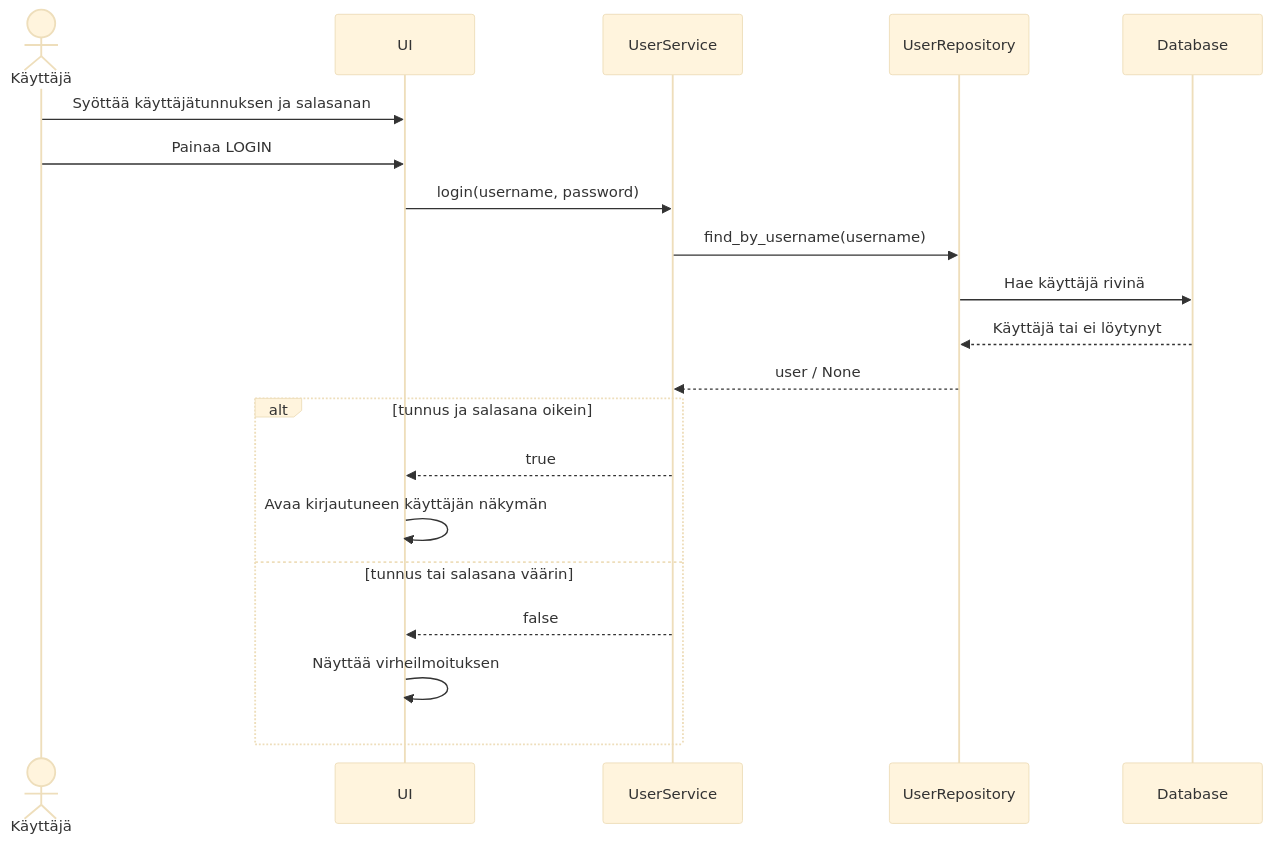
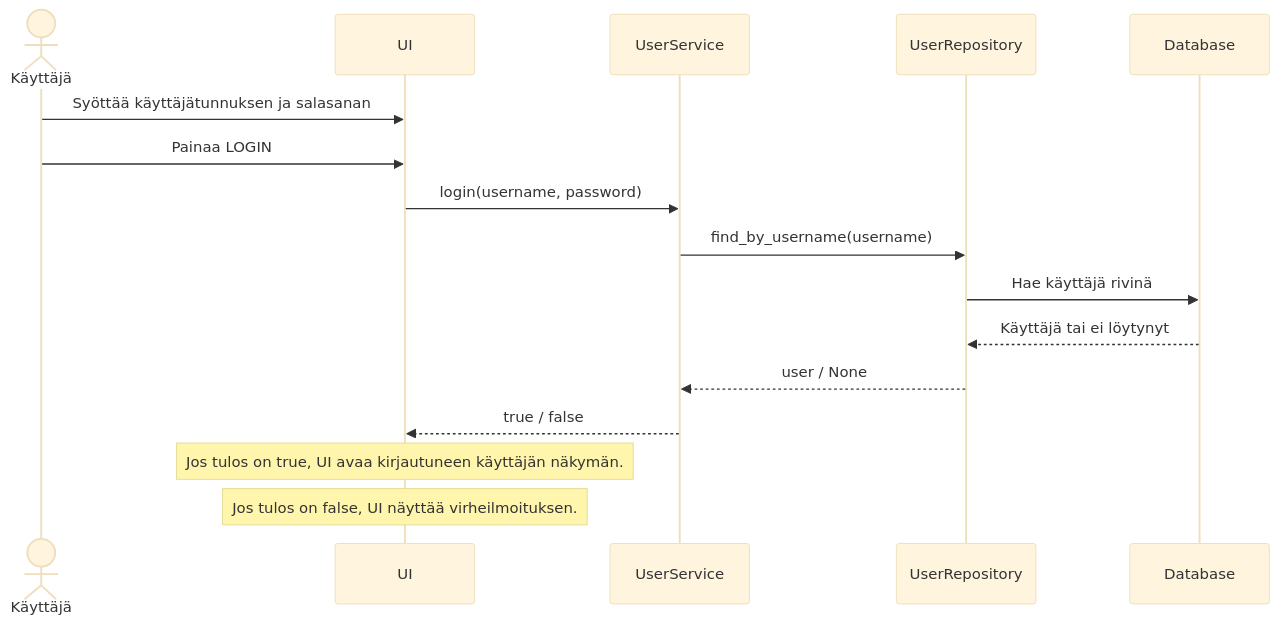
Before and after one commit to BjornKhermik10/ot-harjoitustyo: the third of 3 diagrams in dokumentaatio/misc/arkkitehtuuri.md, drawn with Mermaid (base theme).

Commit message:
sekvenssi kaavio myös

````diff
--- a/dokumentaatio/misc/arkkitehtuuri.md
+++ b/dokumentaatio/misc/arkkitehtuuri.md
@@ -55,23 +55,19 @@
 ```mermaid
 sequenceDiagram
     actor Käyttäjä
     participant UI
     participant UserService
     participant UserRepository
     participant Database
 
     Käyttäjä->>UI: Syöttää käyttäjätunnuksen ja salasanan
     Käyttäjä->>UI: Painaa LOGIN
     UI->>UserService: login(username, password)
     UserService->>UserRepository: find_by_username(username)
     UserRepository->>Database: Hae käyttäjä rivinä
     Database-->>UserRepository: Käyttäjä tai ei löytynyt
     UserRepository-->>UserService: user / None
-    alt tunnus ja salasana oikein
-        UserService-->>UI: true
-        UI->>UI: Avaa kirjautuneen käyttäjän näkymän
-    else tunnus tai salasana väärin
-        UserService-->>UI: false
-        UI->>UI: Näyttää virheilmoituksen
-    end
+    UserService-->>UI: true / false
+    Note over UI: Jos tulos on true, UI avaa kirjautuneen käyttäjän näkymän.
+    Note over UI: Jos tulos on false, UI näyttää virheilmoituksen.
 ```
````
